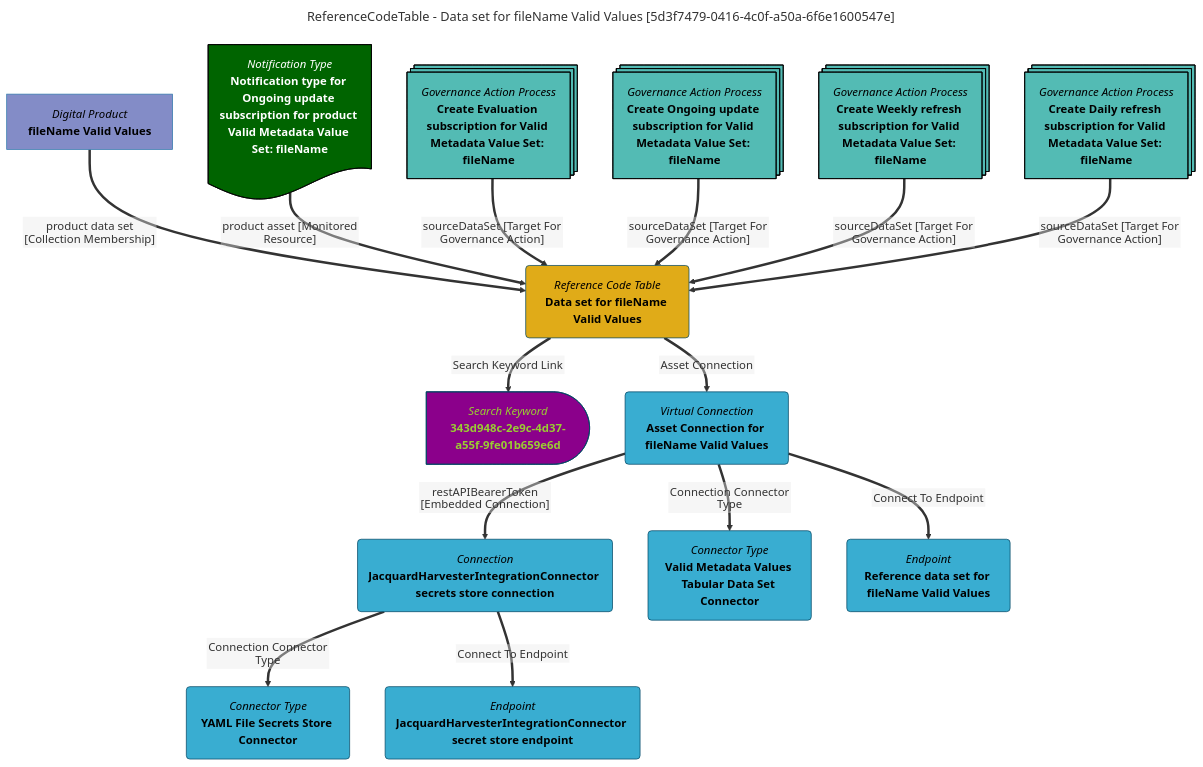
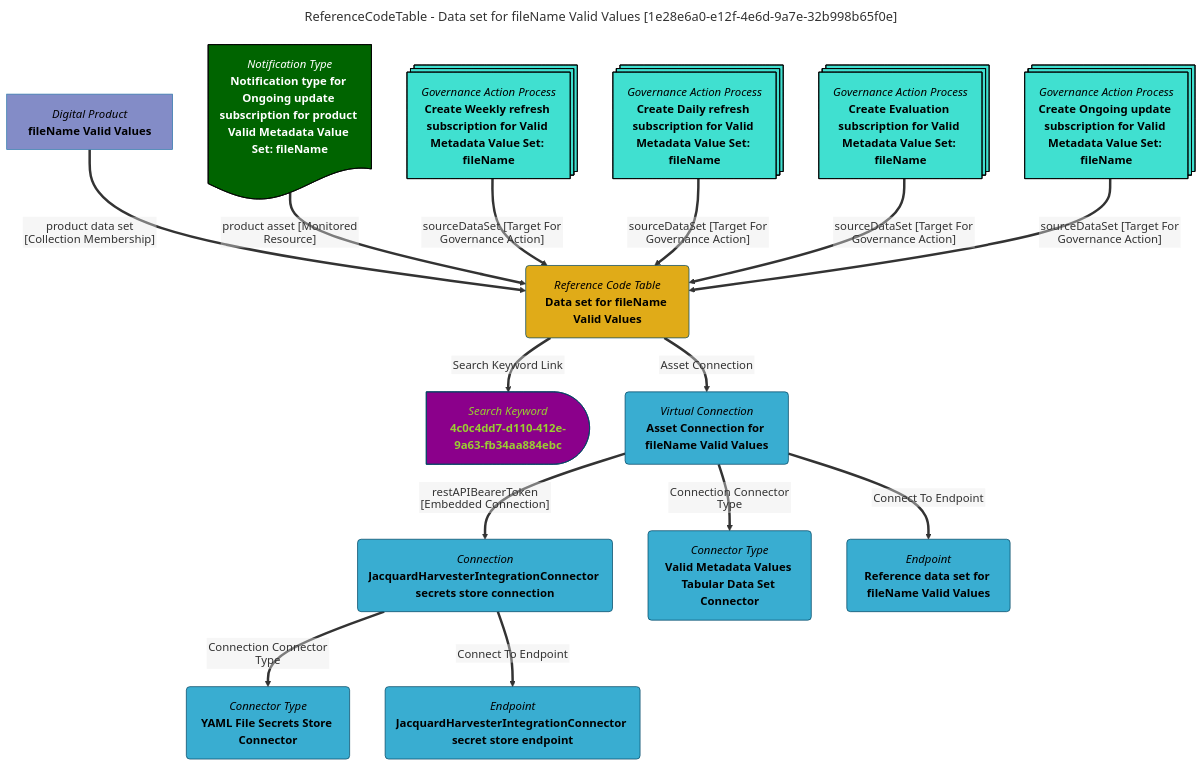
One commit to odpi/egeria-docs changed the diagram in site/snippets/data-assets/data-set-for-filename-valid-values-mermaid-graph.md. Above: the diagram before and after it, drawn with Mermaid. The commit also changed 2201 other files, not shown here.

````diff
--- a/site/snippets/data-assets/data-set-for-filename-valid-values-mermaid-graph.md
+++ b/site/snippets/data-assets/data-set-for-filename-valid-values-mermaid-graph.md
@@ -1,63 +1,63 @@
 ```mermaid
 ---
-title: ReferenceCodeTable - Data set for fileName Valid Values [5d3f7479-0416-4c0f-a50a-6f6e1600547e]
+title: ReferenceCodeTable - Data set for fileName Valid Values [1e28e6a0-e12f-4e6d-9a7e-32b998b65f0e]
 ---
 flowchart TD
 %%{init: {"flowchart": {"htmlLabels": false}} }%%
 
 1@{ shape: rounded, label: "*Reference Code Table*
 **Data set for fileName Valid Values**"}
 2@{ shape: delay, label: "*Search Keyword*
-**343d948c-2e9c-4d37-a55f-9fe01b659e6d**"}
+**4c0c4dd7-d110-412e-9a63-fb34aa884ebc**"}
 1==>|"Search Keyword Link"|2
 3@{ shape: rect, label: "*Digital Product*
 **fileName Valid Values**"}
 3==>|"product data set [Collection Membership]"|1
 4@{ shape: rounded, label: "*Virtual Connection*
 **Asset Connection for fileName Valid Values**"}
 1==>|"Asset Connection"|4
 5@{ shape: rounded, label: "*Connection*
 **JacquardHarvesterIntegrationConnector secrets store connection**"}
 4==>|"restAPIBearerToken [Embedded Connection]"|5
 6@{ shape: rounded, label: "*Connector Type*
 **YAML File Secrets Store Connector**"}
 5==>|"Connection Connector Type"|6
 7@{ shape: rounded, label: "*Endpoint*
 **JacquardHarvesterIntegrationConnector secret store endpoint**"}
 5==>|"Connect To Endpoint"|7
 8@{ shape: rounded, label: "*Connector Type*
 **Valid Metadata Values Tabular Data Set Connector**"}
 4==>|"Connection Connector Type"|8
 9@{ shape: rounded, label: "*Endpoint*
 **Reference data set for fileName Valid Values**"}
 4==>|"Connect To Endpoint"|9
 10@{ shape: doc, label: "*Notification Type*
 **Notification type for Ongoing update subscription for product Valid Metadata Value Set: fileName**"}
 10==>|"product asset [Monitored Resource]"|1
 11@{ shape: processes, label: "*Governance Action Process*
-**Create Evaluation subscription for Valid Metadata Value Set: fileName**"}
+**Create Weekly refresh subscription for Valid Metadata Value Set: fileName**"}
 11==>|"sourceDataSet [Target For Governance Action]"|1
 12@{ shape: processes, label: "*Governance Action Process*
-**Create Ongoing update subscription for Valid Metadata Value Set: fileName**"}
+**Create Daily refresh subscription for Valid Metadata Value Set: fileName**"}
 12==>|"sourceDataSet [Target For Governance Action]"|1
 13@{ shape: processes, label: "*Governance Action Process*
-**Create Weekly refresh subscription for Valid Metadata Value Set: fileName**"}
+**Create Evaluation subscription for Valid Metadata Value Set: fileName**"}
 13==>|"sourceDataSet [Target For Governance Action]"|1
 14@{ shape: processes, label: "*Governance Action Process*
-**Create Daily refresh subscription for Valid Metadata Value Set: fileName**"}
+**Create Ongoing update subscription for Valid Metadata Value Set: fileName**"}
 14==>|"sourceDataSet [Target For Governance Action]"|1
-style 11 color:#000000, fill:#53bbb4, stroke:#000000
-style 12 color:#000000, fill:#53bbb4, stroke:#000000
-style 13 color:#000000, fill:#53bbb4, stroke:#000000
-style 14 color:#000000, fill:#53bbb4, stroke:#000000
+style 11 color:#000000, fill:#40E0D0, stroke:#000000
+style 12 color:#000000, fill:#40E0D0, stroke:#000000
+style 13 color:#000000, fill:#40E0D0, stroke:#000000
+style 14 color:#000000, fill:#40E0D0, stroke:#000000
 style 1 color:#000000, fill:#e0ab18, stroke:#004563
-style 2 color:#9acd32, fill:#8b008b, stroke:#004563
+style 2 color:#9ACD32, fill:#8B008B, stroke:#004563
 style 3 color:#000000, fill:#838cc7, stroke:#3079ab
 style 4 color:#000000, fill:#39add1, stroke:#004563
 style 5 color:#000000, fill:#39add1, stroke:#004563
 style 6 color:#000000, fill:#39add1, stroke:#004563
 style 7 color:#000000, fill:#39add1, stroke:#004563
 style 8 color:#000000, fill:#39add1, stroke:#004563
 style 9 color:#000000, fill:#39add1, stroke:#004563
 style 10 color:#FFFFFF, fill:#006400, stroke:#000000
 ```
````
